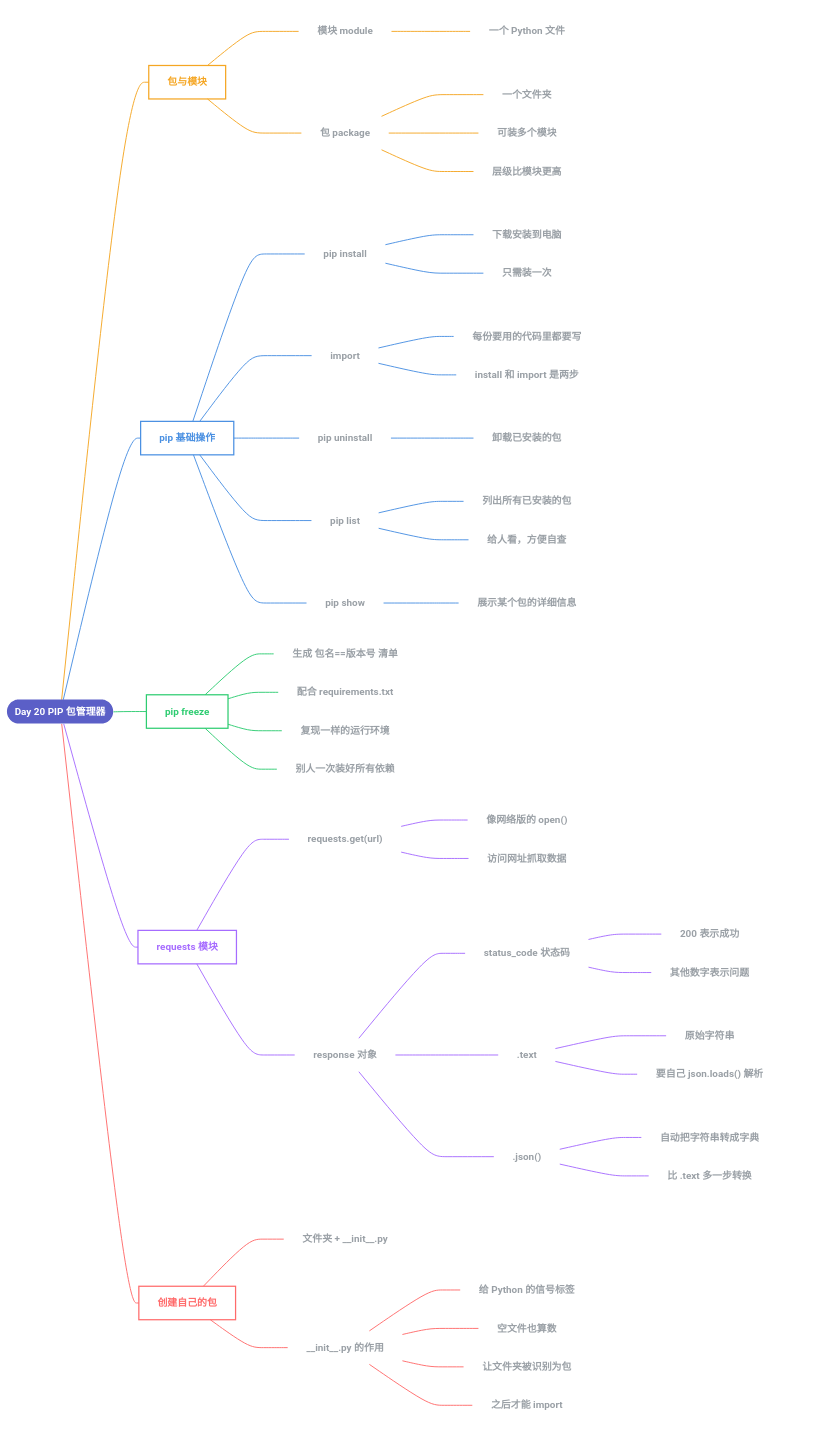
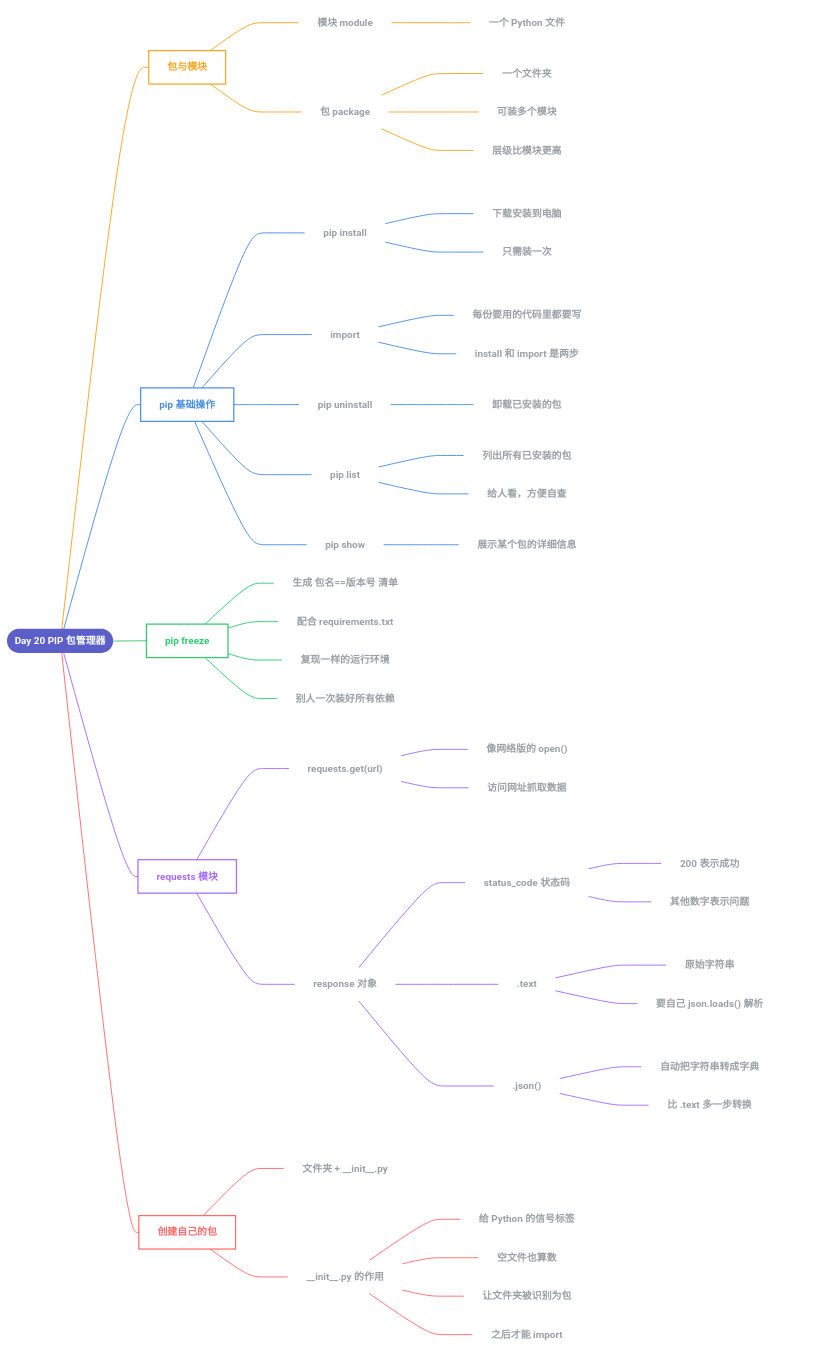
Before and after one commit to Lnnkun/30-days-of-python-notes: the diagram in Day20_PIP包管理器.md, drawn with Mermaid. The commit also changed 4 other files, not shown here.

Commit message:
Day19 思维导图顺序统一（从上到下）；删除不再使用的速查图

```diff
--- a/Day20_PIP包管理器.md
+++ b/Day20_PIP包管理器.md
@@ -6,10 +6,7 @@
   R(["Day 20 PIP 包管理器"])
   R --- b0["包与模块"]
   b0 --- n1["模块 module"]
-  subgraph sn1[" "]
   n1 --- n2["一个 Python 文件"]
-  end
-  style sn1 fill:none,stroke:none
   b0 --- n3["包 package"]
   subgraph sn3[" "]
   n3 --- n4["一个文件夹"]
@@ -33,10 +30,7 @@
   end
   style sn10 fill:none,stroke:none
   b1 --- n13["pip uninstall"]
-  subgraph sn13[" "]
   n13 --- n14["卸载已安装的包"]
-  end
-  style sn13 fill:none,stroke:none
   b1 --- n15["pip list"]
   subgraph sn15[" "]
   n15 --- n16["列出所有已安装的包"]
@@ -44,10 +38,7 @@
   end
   style sn15 fill:none,stroke:none
   b1 --- n18["pip show"]
-  subgraph sn18[" "]
   n18 --- n19["展示某个包的详细信息"]
-  end
-  style sn18 fill:none,stroke:none
   classDef c1 fill:none,stroke:#4A90E2,stroke-width:2px,color:#4A90E2,font-weight:bold
   class b1 c1
   R --- b2["pip freeze"]
```
